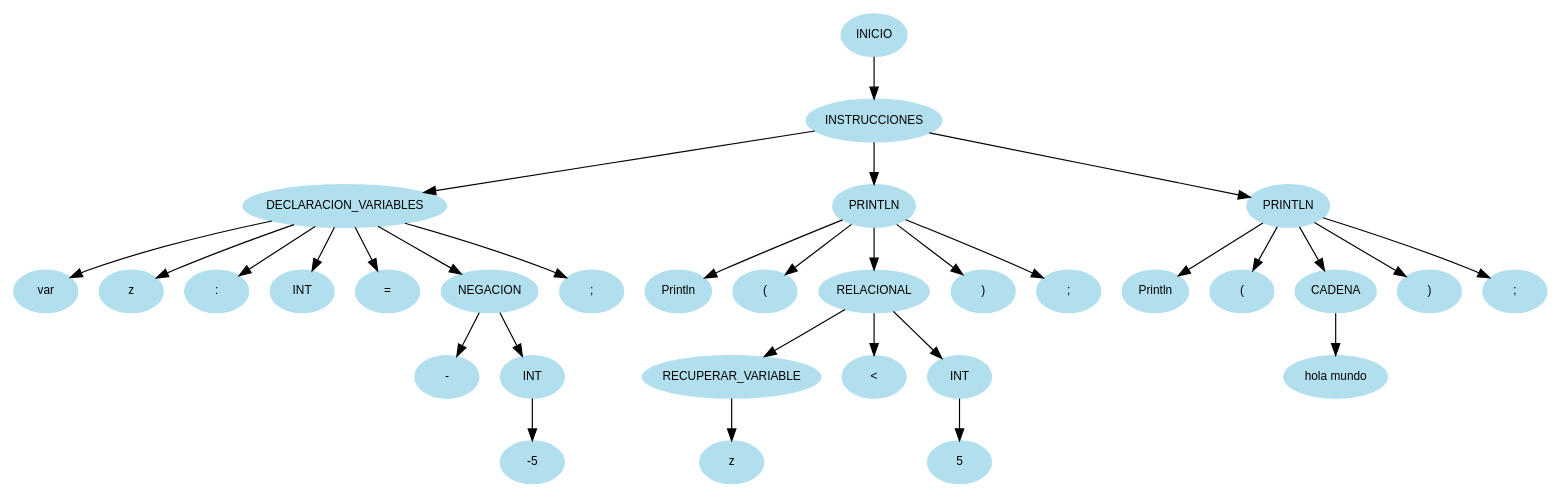
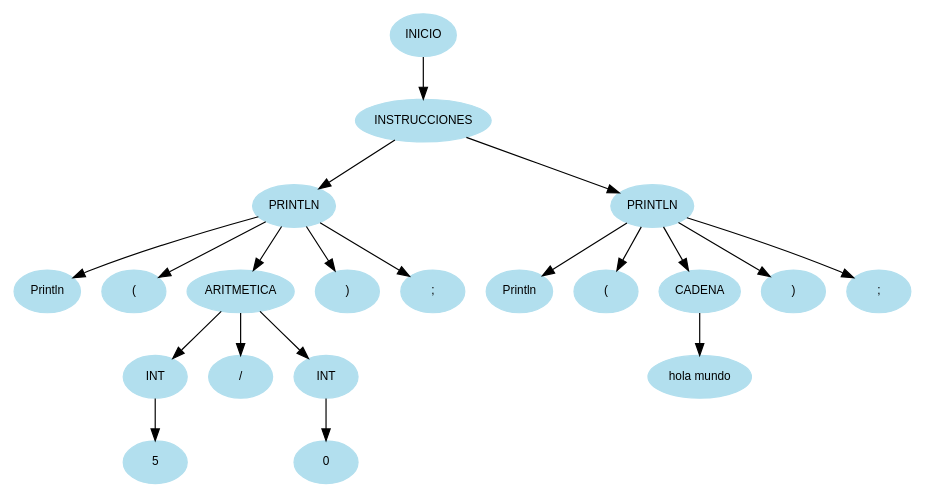
The diagram in Fase_1/Reports/arbolAST.dot (MMP119/OLC1_JavaCraft), drawn with Graphviz before and after one commit. The commit also changed 19 other files, not shown here.

```diff
--- a/Fase_1/Reports/arbolAST.dot
+++ b/Fase_1/Reports/arbolAST.dot
@@ -1,65 +1,43 @@
 digraph arbolAST{
 node [shape=oval, style=filled, color=lightblue2, fontname=Helvetica, fontsize=10];
 edge [fontname=Helvetica, fontsize=10];
 n0[label="INICIO"];
 n1[label="INSTRUCCIONES"];
 n0 -> n1;
-n2[label="DECLARACION_VARIABLES"];
+n2[label="PRINTLN"];
 n1 -> n2;
-n3[label="var"];
+n3[label="Println"];
 n2 -> n3;
-n4[label="z"];
+n4[label="("];
 n2 -> n4;
-n5[label=":"];
+n5[label="ARITMETICA"];
 n2 -> n5;
 n6[label="INT"];
-n2 -> n6;
-n7[label="="];
-n2 -> n7;
-n8[label="NEGACION"];
-n2 -> n8;
-n9[label="-"];
-n8 -> n9;
-n10[label="INT"];
-n8 -> n10;
-n11[label="-5"];
-n10 -> n11;
+n5 -> n6;
+n7[label="5"];
+n6 -> n7;
+n8[label="/"];
+n5 -> n8;
+n9[label="INT"];
+n5 -> n9;
+n10[label="0"];
+n9 -> n10;
+n11[label=")"];
+n2 -> n11;
 n12[label=";"];
 n2 -> n12;
 n13[label="PRINTLN"];
 n1 -> n13;
 n14[label="Println"];
 n13 -> n14;
 n15[label="("];
 n13 -> n15;
-n16[label="RELACIONAL"];
+n16[label="CADENA"];
 n13 -> n16;
-n17[label="RECUPERAR_VARIABLE"];
+n17[label="hola mundo"];
 n16 -> n17;
-n18[label="z"];
-n17 -> n18;
-n19[label="<"];
-n16 -> n19;
-n20[label="INT"];
-n16 -> n20;
-n21[label="5"];
-n20 -> n21;
-n22[label=")"];
-n13 -> n22;
-n23[label=";"];
-n13 -> n23;
-n24[label="PRINTLN"];
-n1 -> n24;
-n25[label="Println"];
-n24 -> n25;
-n26[label="("];
-n24 -> n26;
-n27[label="CADENA"];
-n24 -> n27;
-n28[label="hola mundo"];
-n27 -> n28;
-n29[label=")"];
-n24 -> n29;
-n30[label=";"];
-n24 -> n30;
+n18[label=")"];
+n13 -> n18;
+n19[label=";"];
+n13 -> n19;
 }
```
